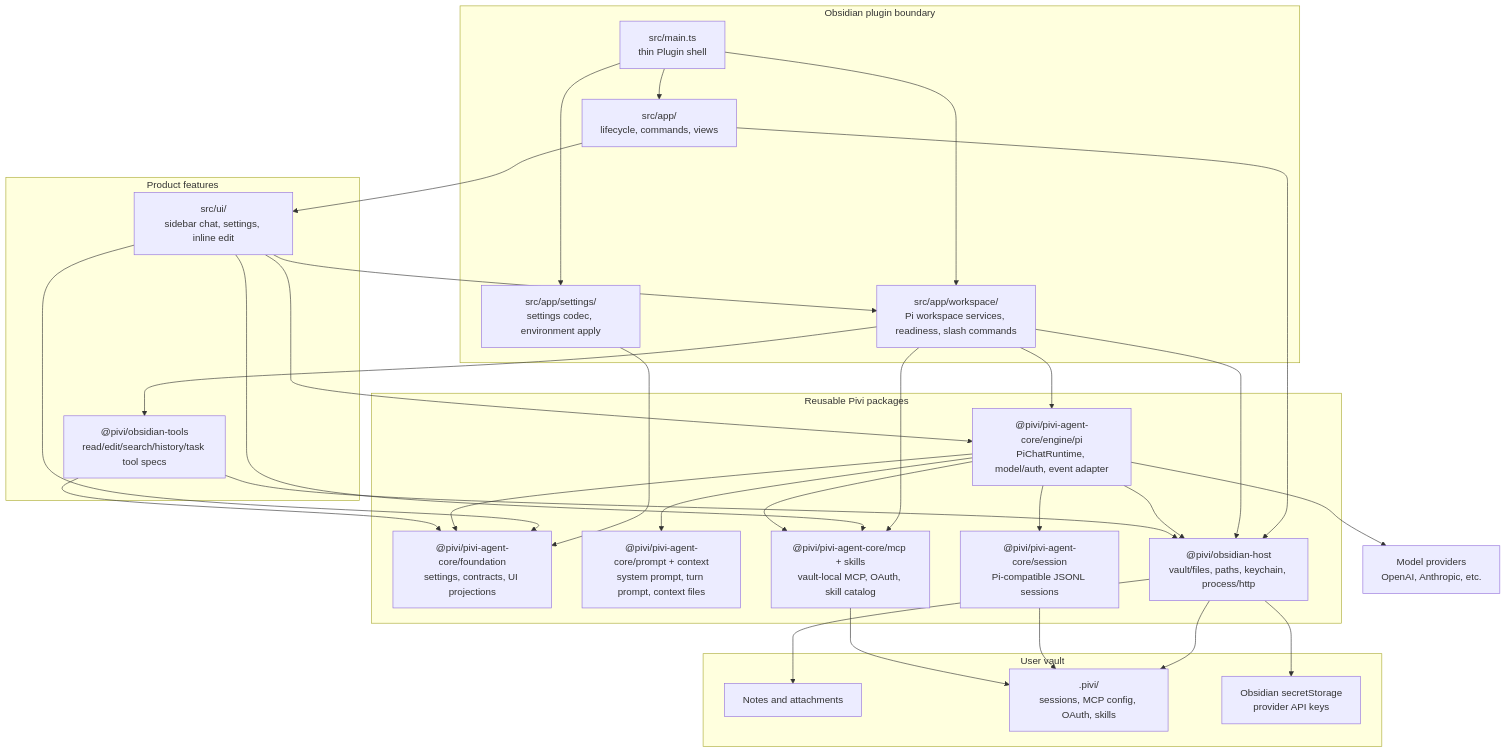
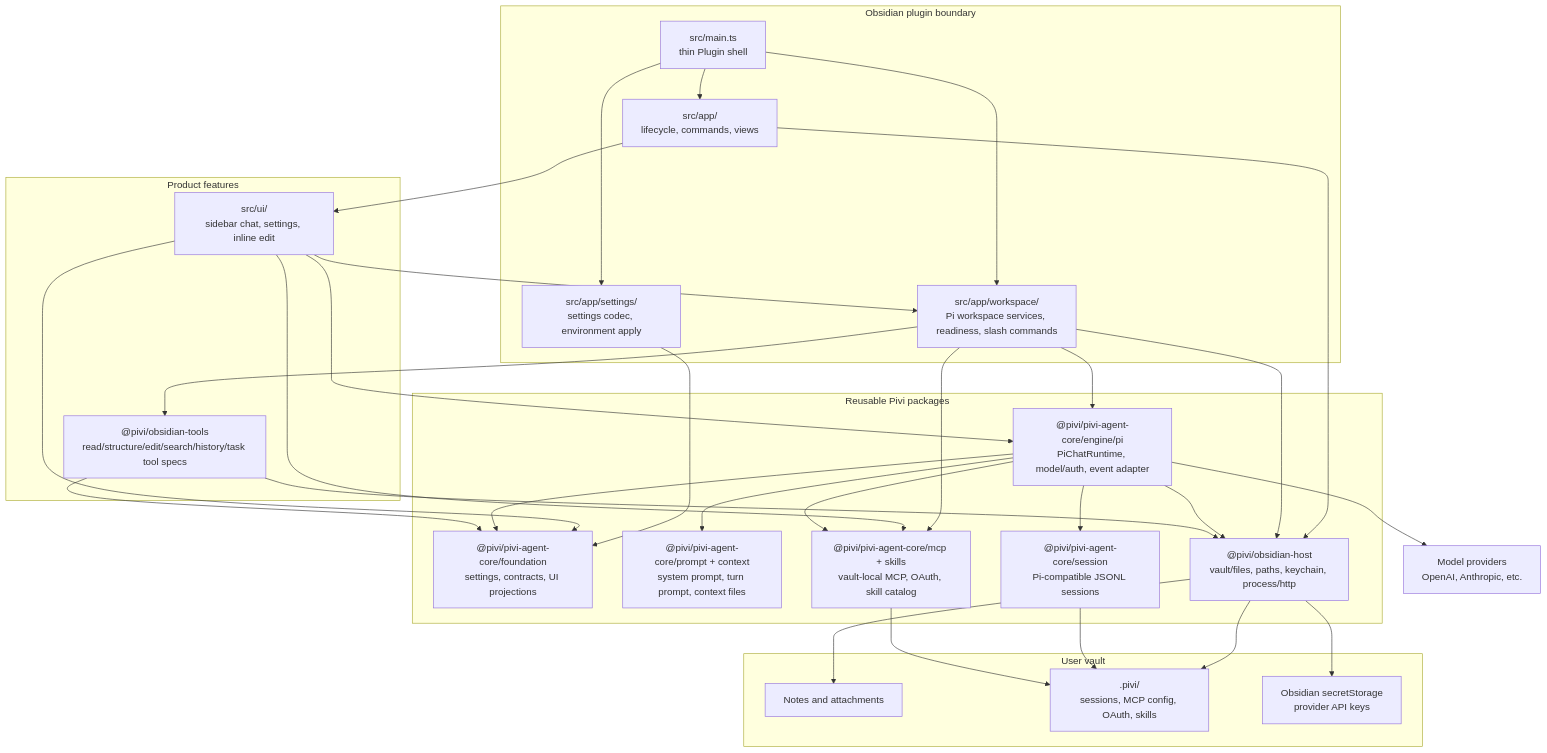
The diagram in README.md (shuuul/obsidian-pivi), drawn with Mermaid before and after one commit. The commit also changed other lines of this file and 4 other files, not shown here.

````diff
--- a/README.md
+++ b/README.md
@@ -68,64 +68,64 @@
 ```mermaid
 flowchart TB
   subgraph obsidian["Obsidian plugin boundary"]
     host["src/main.ts<br/>thin Plugin shell"]
     appLifecycle["src/app/<br/>lifecycle, commands, views"]
     appSettings["src/app/settings/<br/>settings codec, environment apply"]
     appWorkspace["src/app/workspace/<br/>Pi workspace services, readiness, slash commands"]
   end
 
   subgraph product["Product features"]
     ui["src/ui/<br/>sidebar chat, settings, inline edit"]
-    tools["@pivi/obsidian-tools<br/>read/edit/search/history/task tool specs"]
+    tools["@pivi/obsidian-tools<br/>read/structure/edit/search/history/task tool specs"]
   end
 
   subgraph core["Reusable Pivi packages"]
     foundation["@pivi/pivi-agent-core/foundation<br/>settings, contracts, UI projections"]
     prompt["@pivi/pivi-agent-core/prompt + context<br/>system prompt, turn prompt, context files"]
     session["@pivi/pivi-agent-core/session<br/>Pi-compatible JSONL sessions"]
     mcp["@pivi/pivi-agent-core/mcp + skills<br/>vault-local MCP, OAuth, skill catalog"]
     pi["@pivi/pivi-agent-core/engine/pi<br/>PiChatRuntime, model/auth, event adapter"]
     hostPkg["@pivi/obsidian-host<br/>vault/files, paths, keychain, process/http"]
   end
 
   subgraph vault["User vault"]
     notes["Notes and attachments"]
     piviDir[".pivi/<br/>sessions, MCP config, OAuth, skills"]
     secrets["Obsidian secretStorage<br/>provider API keys"]
   end
 
   providers["Model providers<br/>OpenAI, Anthropic, etc."]
 
   host --> appLifecycle
   host --> appSettings
   host --> appWorkspace
 
   appLifecycle --> ui
   appLifecycle --> hostPkg
   appSettings --> foundation
   appWorkspace --> pi
   appWorkspace --> tools
   appWorkspace --> hostPkg
   appWorkspace --> mcp
 
   ui --> foundation
   ui --> pi
   ui --> mcp
   ui --> appWorkspace
 
   pi --> foundation
   pi --> prompt
   pi --> session
   pi --> mcp
   pi --> hostPkg
   pi --> providers
 
   tools --> foundation
   tools --> hostPkg
 
   hostPkg --> notes
   hostPkg --> piviDir
   hostPkg --> secrets
   session --> piviDir
   mcp --> piviDir
 ```
````
